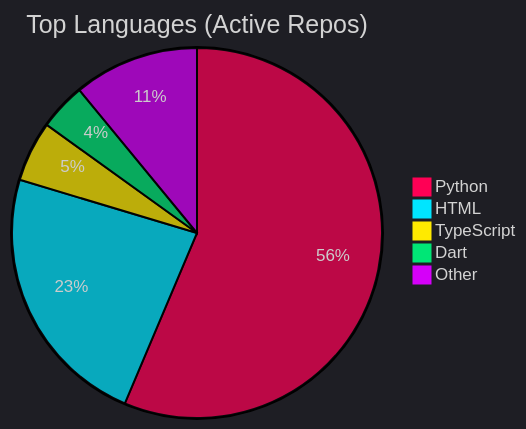
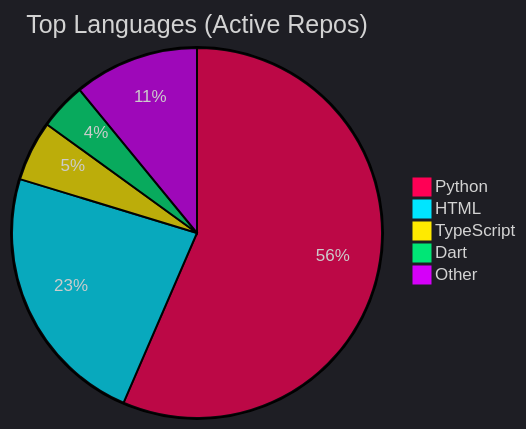
The diagram in README.md (Nzettodess/Nzettodess), drawn with Mermaid before and after one commit. The commit also changed other lines of this file, not shown here.

Commit message:
Update recent activity [skip ci]

````diff
--- a/README.md
+++ b/README.md
@@ -35,9 +35,9 @@
 ```mermaid
 %%{init: {'theme': 'dark', 'themeVariables': { 'pie1': '#FF0055', 'pie2': '#00E5FF', 'pie3': '#FFEA00', 'pie4': '#00E676', 'pie5': '#D500F9' }}}%%
 pie title Top Languages (Active Repos)
-    "Python" : 56.38
-    "HTML" : 23.27
-    "TypeScript" : 5.29
-    "Dart" : 4.11
-    "Other" : 10.96
+    "Python" : 56.50
+    "HTML" : 23.20
+    "TypeScript" : 5.27
+    "Dart" : 4.10
+    "Other" : 10.93
 ```
````
